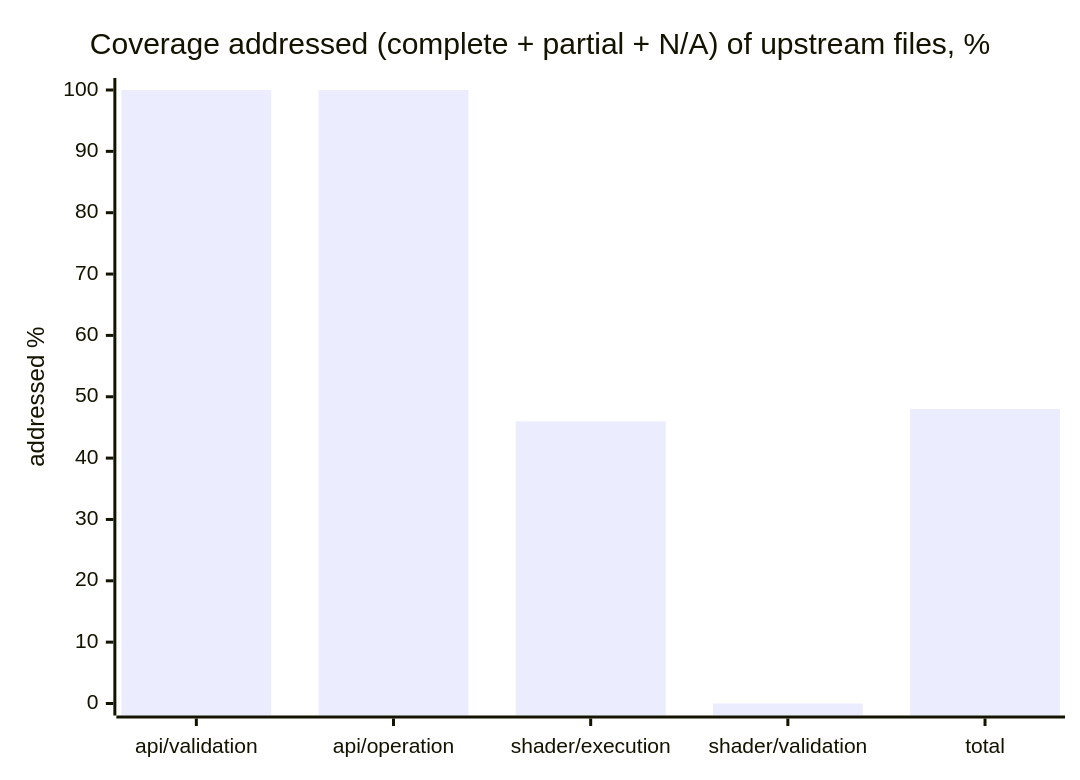
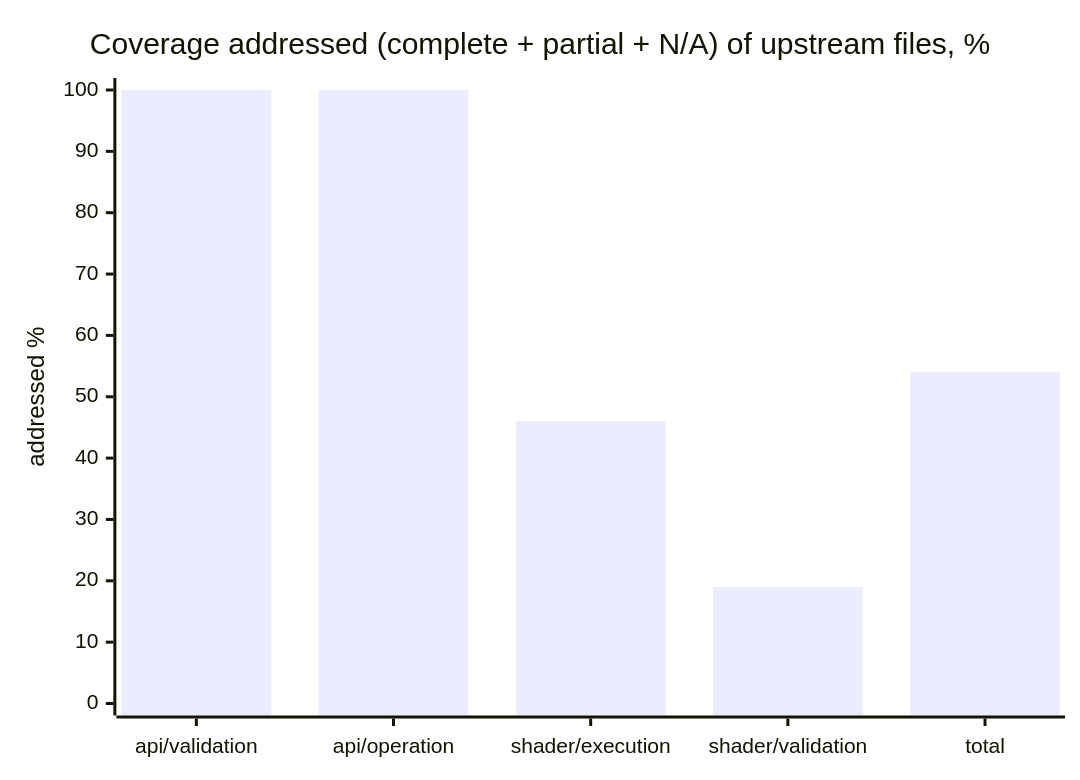
Before and after one commit to infosia/webgpu-native-cts: the second of 2 diagrams in README.md, drawn with Mermaid. The commit also changed other lines of this file and 2 other files, not shown here.

````diff
--- a/README.md
+++ b/README.md
@@ -126,7 +134,7 @@
 ```mermaid
 xychart-beta
     title "Coverage addressed (complete + partial + N/A) of upstream files, %"
     x-axis ["api/validation", "api/operation", "shader/execution", "shader/validation", "total"]
     y-axis "addressed %" 0 --> 100
-    bar [100, 100, 46, 0, 48]
+    bar [100, 100, 46, 19, 54]
 ```
````
